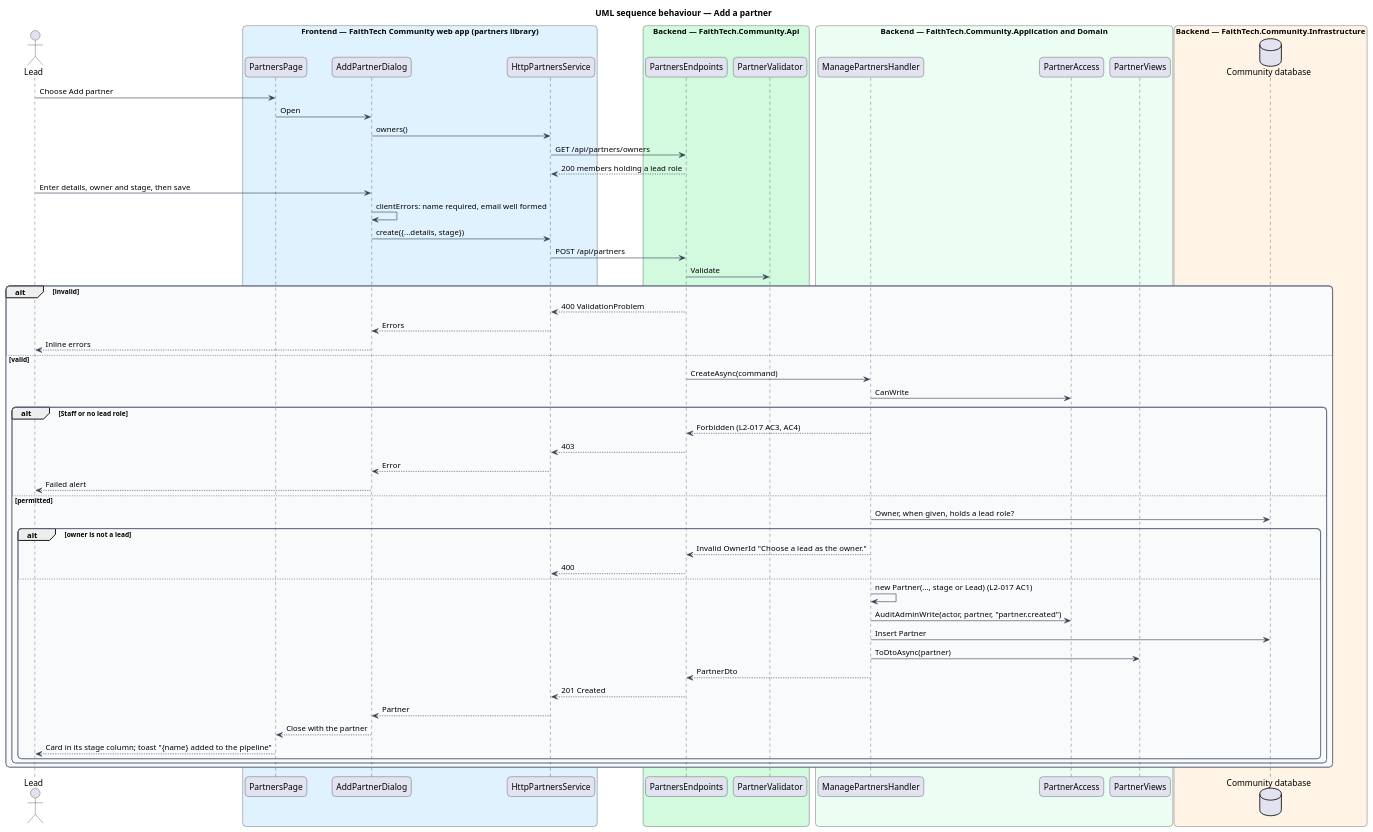
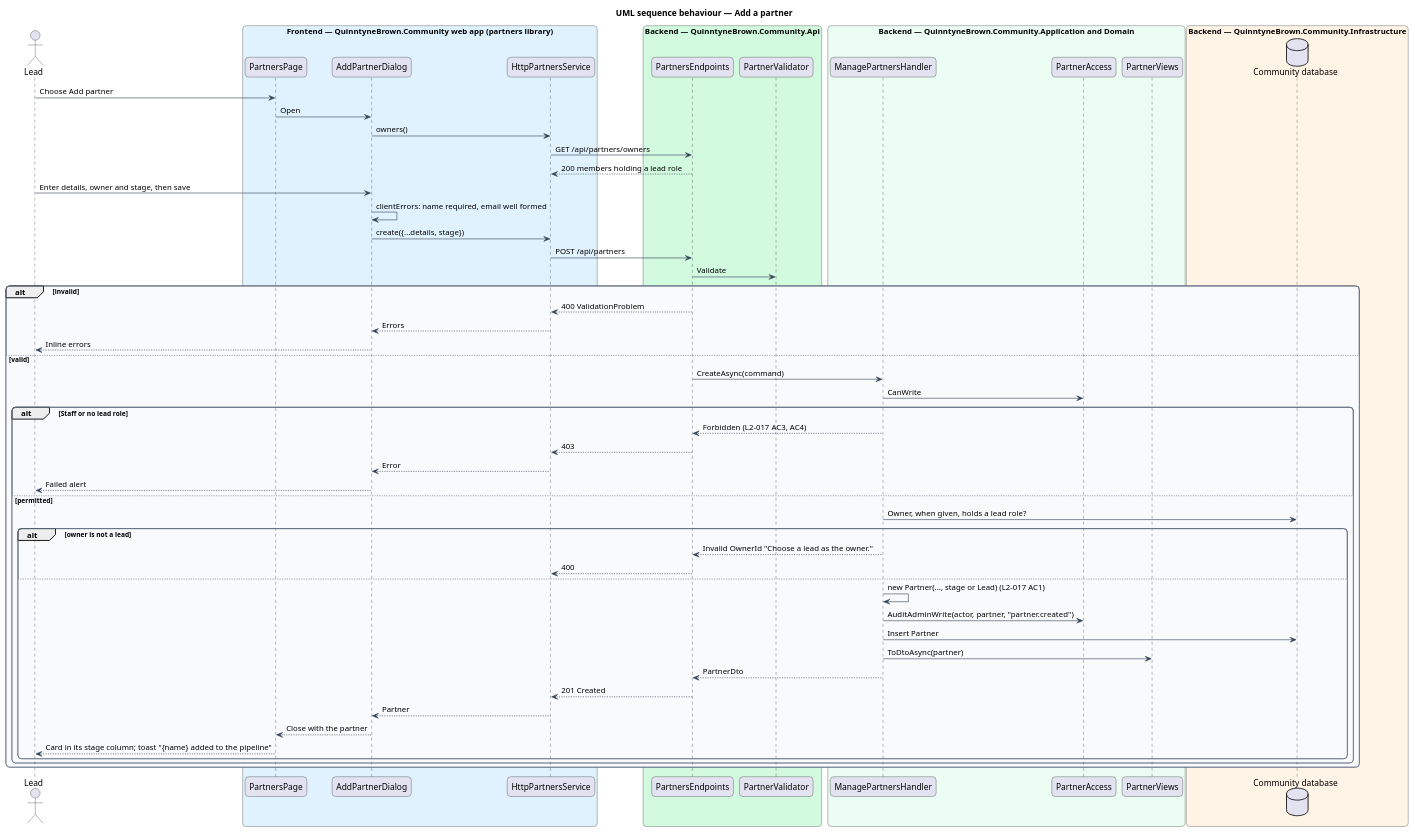
The diagram in docs/detailed-designs/partners/manage-partners/diagrams/sequence-add-partner.puml (QuinntyneBrown/quinntyne-brown), drawn with PlantUML before and after one commit. The commit also changed 1957 other files, not shown here.

First line of the commit message:
Rebrand to QuinntyneBrown.Community

```diff
--- a/docs/detailed-designs/partners/manage-partners/diagrams/sequence-add-partner.puml
+++ b/docs/detailed-designs/partners/manage-partners/diagrams/sequence-add-partner.puml
@@ -1,75 +1,75 @@
 @startuml
 title UML sequence behaviour — Add a partner
 skinparam backgroundColor #FFFFFF
 skinparam shadowing false
 skinparam roundcorner 12
 skinparam defaultFontName Arial
 skinparam ArrowColor #344054
 skinparam rectangle {
   BorderColor #344054
   FontColor #101828
 }
 skinparam package {
   BorderColor #667085
   FontColor #101828
   BackgroundColor #F9FAFB
 }
 actor "Lead" as actor
-box "Frontend — FaithTech Community web app (partners library)" #E0F2FE
+box "Frontend — QuinntyneBrown.Community web app (partners library)" #E0F2FE
   participant "PartnersPage" as board
   participant "AddPartnerDialog" as dlg
   participant "HttpPartnersService" as svc
 end box
-box "Backend — FaithTech.Community.Api" #D1FADF
+box "Backend — QuinntyneBrown.Community.Api" #D1FADF
   participant "PartnersEndpoints" as ep
   participant "PartnerValidator" as v
 end box
-box "Backend — FaithTech.Community.Application and Domain" #ECFDF3
+box "Backend — QuinntyneBrown.Community.Application and Domain" #ECFDF3
   participant "ManagePartnersHandler" as h
   participant "PartnerAccess" as acc
   participant "PartnerViews" as views
 end box
-box "Backend — FaithTech.Community.Infrastructure" #FFF4E5
+box "Backend — QuinntyneBrown.Community.Infrastructure" #FFF4E5
   database "Community database" as db
 end box
 actor -> board : Choose Add partner
 board -> dlg : Open
 dlg -> svc : owners()
 svc -> ep : GET /api/partners/owners
 ep --> svc : 200 members holding a lead role
 actor -> dlg : Enter details, owner and stage, then save
 dlg -> dlg : clientErrors: name required, email well formed
 dlg -> svc : create({...details, stage})
 svc -> ep : POST /api/partners
 ep -> v : Validate
 alt invalid
   ep --> svc : 400 ValidationProblem
   svc --> dlg : Errors
   dlg --> actor : Inline errors
 else valid
   ep -> h : CreateAsync(command)
   h -> acc : CanWrite
   alt Staff or no lead role
     h --> ep : Forbidden (L2-017 AC3, AC4)
     ep --> svc : 403
     svc --> dlg : Error
     dlg --> actor : Failed alert
   else permitted
     h -> db : Owner, when given, holds a lead role?
     alt owner is not a lead
       h --> ep : Invalid OwnerId "Choose a lead as the owner."
       ep --> svc : 400
     else
       h -> h : new Partner(..., stage or Lead) (L2-017 AC1)
       h -> acc : AuditAdminWrite(actor, partner, "partner.created")
       h -> db : Insert Partner
       h -> views : ToDtoAsync(partner)
       h --> ep : PartnerDto
       ep --> svc : 201 Created
       svc --> dlg : Partner
       dlg --> board : Close with the partner
       board --> actor : Card in its stage column; toast "{name} added to the pipeline"
     end
   end
 end
 @enduml
```
